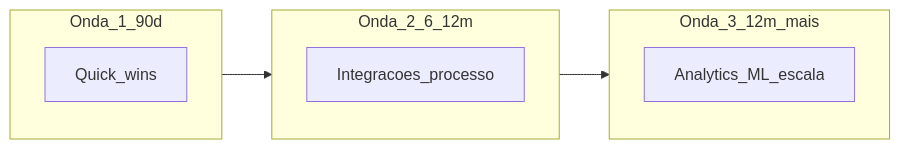
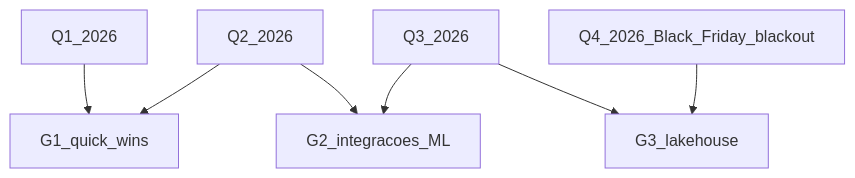
The fourth of 4 diagrams in aulas/trilha-automacao-e-digitalizacao/modulo-04-transformacao-digital-supply-chain/aula-02-roadmap-portfolio-quick-wins.md (cleberhensel/logisticon-academy), drawn with Mermaid before and after one commit. The commit also changed other lines of this file and 122 other files, not shown here.

````diff
--- a/aulas/trilha-automacao-e-digitalizacao/modulo-04-transformacao-digital-supply-chain/aula-02-roadmap-portfolio-quick-wins.md
+++ b/aulas/trilha-automacao-e-digitalizacao/modulo-04-transformacao-digital-supply-chain/aula-02-roadmap-portfolio-quick-wins.md
@@ -44,13 +274,16 @@
 ```mermaid
-flowchart LR
-  subgraph G1 [Onda_1_90d]
-    Q1[Quick_wins]
-  end
-  subgraph G2 [Onda_2_6_12m]
-    I2[Integracoes_processo]
-  end
-  subgraph G3 [Onda_3_12m_mais]
-    A3[Analytics_ML_escala]
-  end
-  G1 --> G2 --> G3
+flowchart TD
+  Q1[Q1_2026]
+  Q2[Q2_2026]
+  Q3[Q3_2026]
+  Q4[Q4_2026_Black_Friday_blackout]
+  G1[G1_quick_wins]
+  G2[G2_integracoes_ML]
+  G3[G3_lakehouse]
+  Q1 --> G1
+  Q2 --> G1
+  Q2 --> G2
+  Q3 --> G2
+  Q3 --> G3
+  Q4 --> G3
 ```
````
